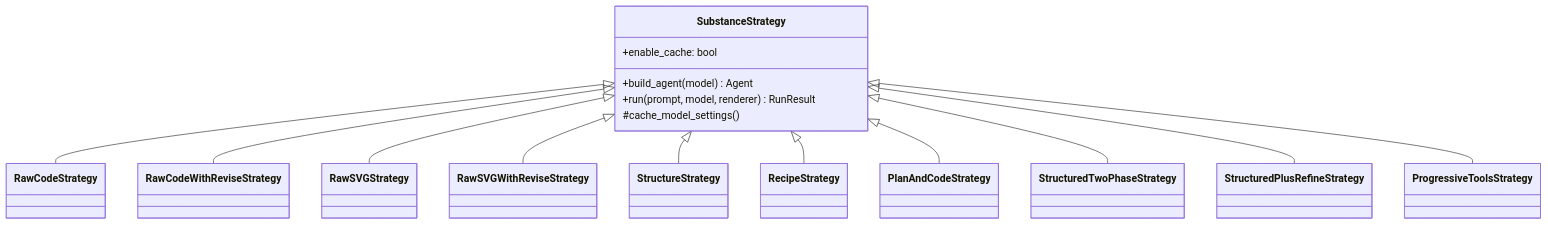
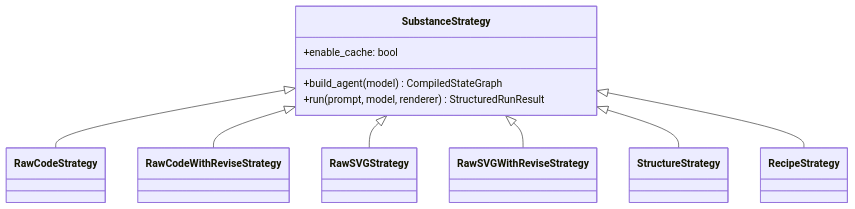
Before and after one commit to RenaissancePhilanthropy/geometry-diagram-generator: the eighth of 8 diagrams in docs/strategies.md, drawn with Mermaid. The commit also changed other lines of this file and 89 other files, not shown here.

````diff
--- a/docs/strategies.md
+++ b/docs/strategies.md
@@ -266,20 +150,15 @@
 ```mermaid
 classDiagram
     class SubstanceStrategy {
         +enable_cache: bool
-        +build_agent(model) Agent
-        +run(prompt, model, renderer) RunResult
-        #cache_model_settings()
+        +build_agent(model) CompiledStateGraph
+        +run(prompt, model, renderer) StructuredRunResult
     }
 
     SubstanceStrategy <|-- RawCodeStrategy
     SubstanceStrategy <|-- RawCodeWithReviseStrategy
     SubstanceStrategy <|-- RawSVGStrategy
     SubstanceStrategy <|-- RawSVGWithReviseStrategy
     SubstanceStrategy <|-- StructureStrategy
     SubstanceStrategy <|-- RecipeStrategy
-    SubstanceStrategy <|-- PlanAndCodeStrategy
-    SubstanceStrategy <|-- StructuredTwoPhaseStrategy
-    SubstanceStrategy <|-- StructuredPlusRefineStrategy
-    SubstanceStrategy <|-- ProgressiveToolsStrategy
 ```
````
